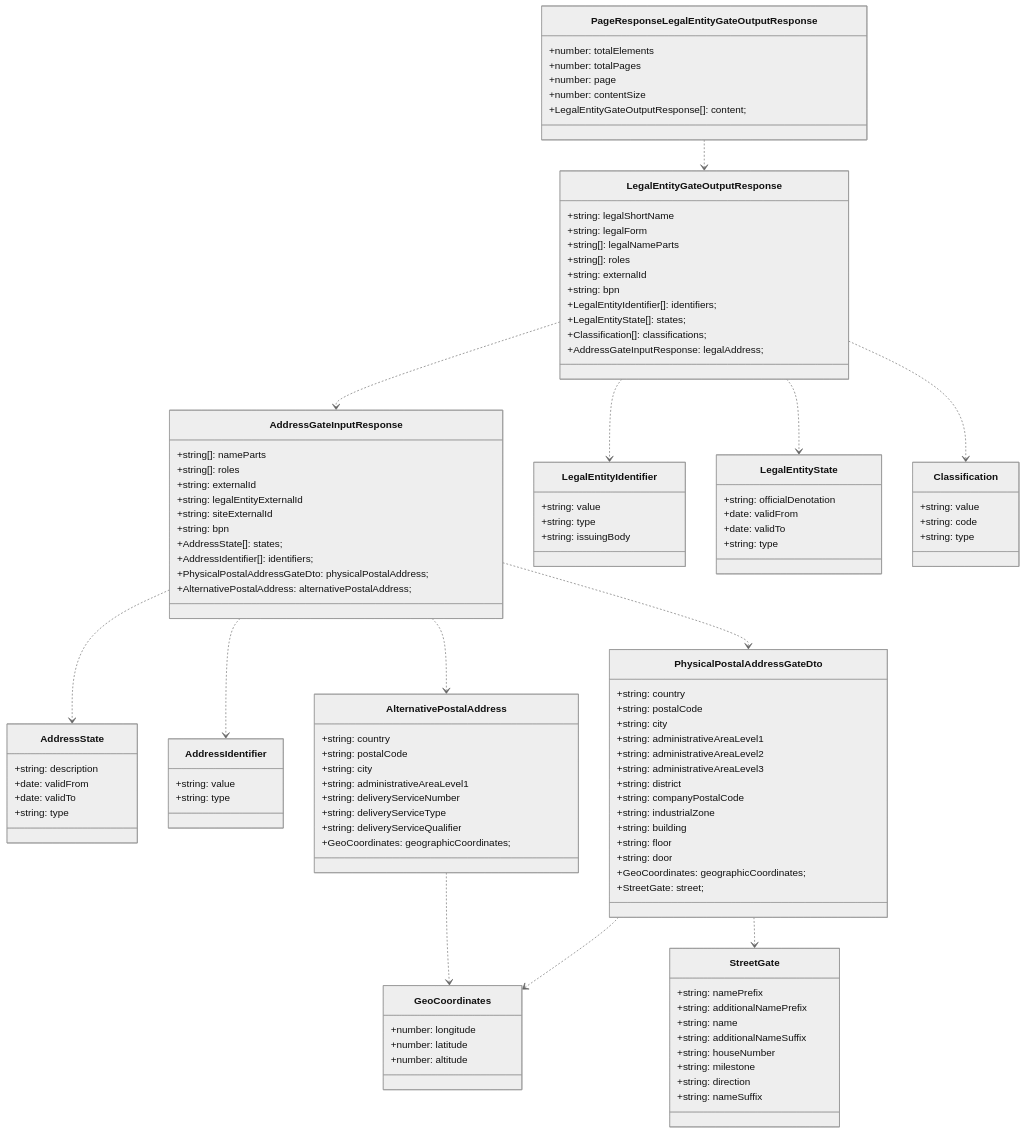
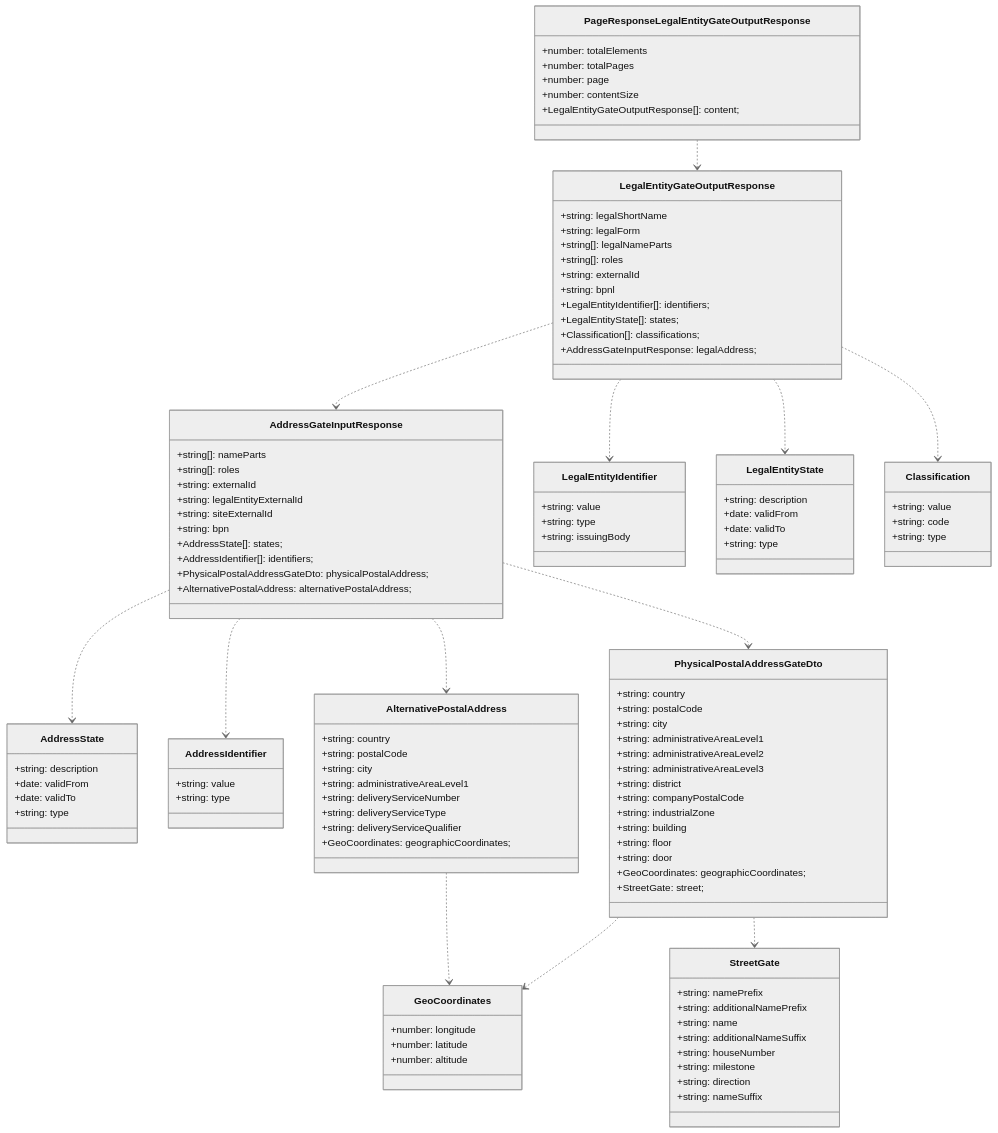
Before and after one commit to eclipse-tractusx/bpdm: the diagram in docs/model/api/gate/legalentity-controller/response/page-response-legalentity-gate-output-response.md, drawn with Mermaid (neutral theme). The commit also changed 14 other files, not shown here.

```diff
--- a/docs/model/api/gate/legalentity-controller/response/page-response-legalentity-gate-output-response.md
+++ b/docs/model/api/gate/legalentity-controller/response/page-response-legalentity-gate-output-response.md
@@ -63,7 +63,7 @@
 +string[]: legalNameParts
 +string[]: roles
 +string: externalId
-+string: bpn
++string: bpnl
 +LegalEntityIdentifier[]: identifiers;
 +LegalEntityState[]: states;
 +Classification[]: classifications;
@@ -75,7 +75,7 @@
 +string: issuingBody
 }
 class LegalEntityState{
-+string: officialDenotation
++string: description
 +date: validFrom
 +date: validTo
 +string: type
```
